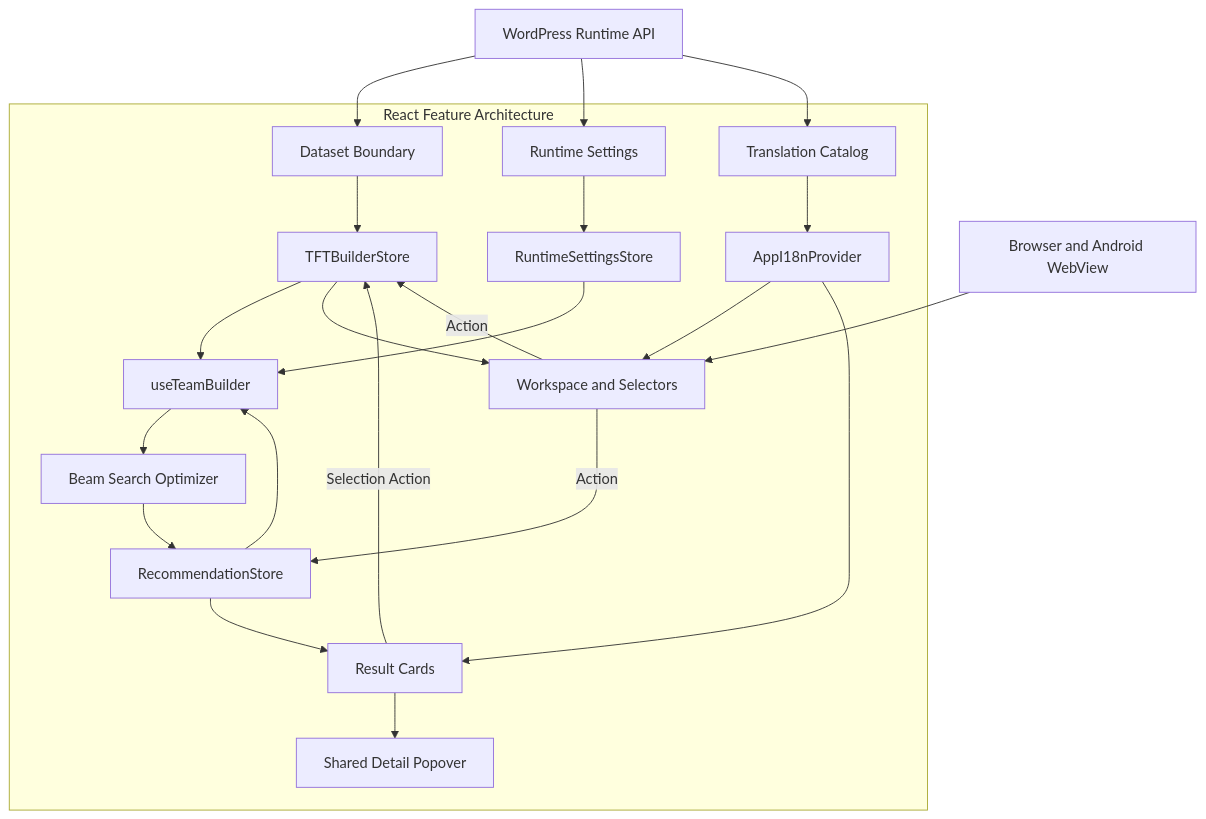
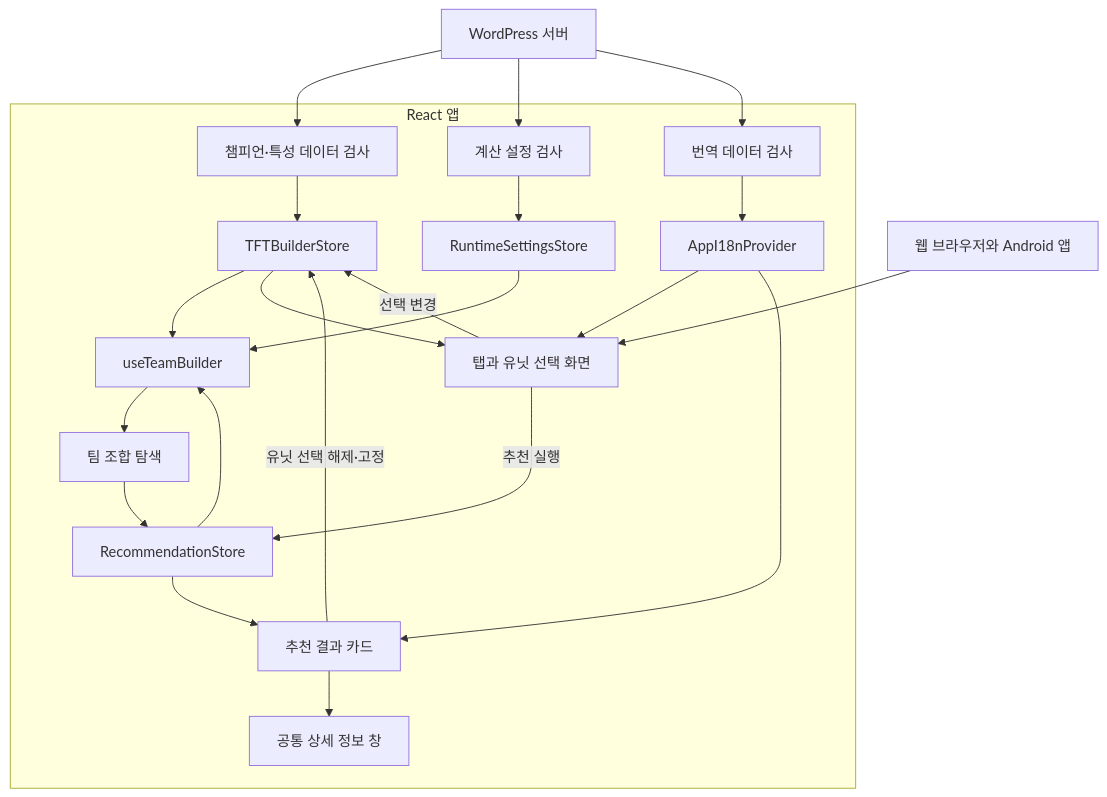
One commit to kimdol/my-tft-app changed the first of 6 diagrams in vite-project/src/features/README.md. Above: the diagram before and after it, drawn with Mermaid. The commit also changed other lines of this file, not shown here.

Commit message:
Simplify feature architecture documentation

````diff
--- a/vite-project/src/features/README.md
+++ b/vite-project/src/features/README.md
@@ -13,28 +13,28 @@
 ```mermaid
 flowchart TB
-    Runtime["WordPress Runtime API"] --> Dataset["Dataset Boundary"]
-    Runtime --> Settings["Runtime Settings"]
-    Runtime --> Translations["Translation Catalog"]
+    Runtime["WordPress 서버"] --> Dataset["챔피언·특성 데이터 검사"]
+    Runtime --> Settings["계산 설정 검사"]
+    Runtime --> Translations["번역 데이터 검사"]
 
-    subgraph Client["React Feature Architecture"]
+    subgraph Client["React 앱"]
         Dataset --> BuilderStore["TFTBuilderStore"]
         Settings --> SettingsStore["RuntimeSettingsStore"]
         Translations --> I18n["AppI18nProvider"]
 
-        Workspace["Workspace and Selectors"] -->|Action| BuilderStore
-        Workspace -->|Action| RecommendationStore["RecommendationStore"]
+        Workspace["탭과 유닛 선택 화면"] -->|선택 변경| BuilderStore
+        Workspace -->|추천 실행| RecommendationStore["RecommendationStore"]
         BuilderStore --> TeamBuilder["useTeamBuilder"]
         SettingsStore --> TeamBuilder
         RecommendationStore --> TeamBuilder
-        TeamBuilder --> Optimizer["Beam Search Optimizer"]
+        TeamBuilder --> Optimizer["팀 조합 탐색"]
         Optimizer --> RecommendationStore
-        RecommendationStore --> Result["Result Cards"]
+        RecommendationStore --> Result["추천 결과 카드"]
         BuilderStore --> Workspace
         I18n --> Workspace
         I18n --> Result
-        Result -->|Selection Action| BuilderStore
-        Result --> Details["Shared Detail Popover"]
+        Result -->|유닛 선택 해제·고정| BuilderStore
+        Result --> Details["공통 상세 정보 창"]
     end
 
-    Browser["Browser and Android WebView"] --> Workspace
+    Browser["웹 브라우저와 Android 앱"] --> Workspace
 ```
````
